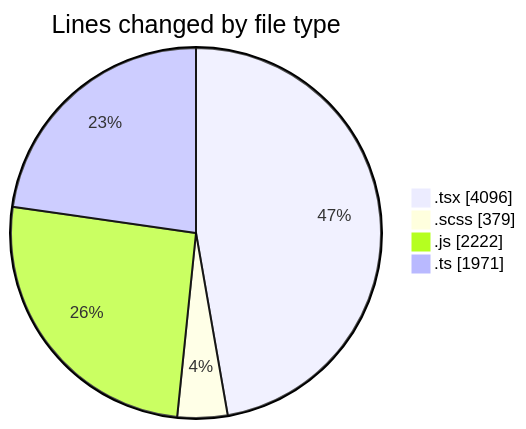
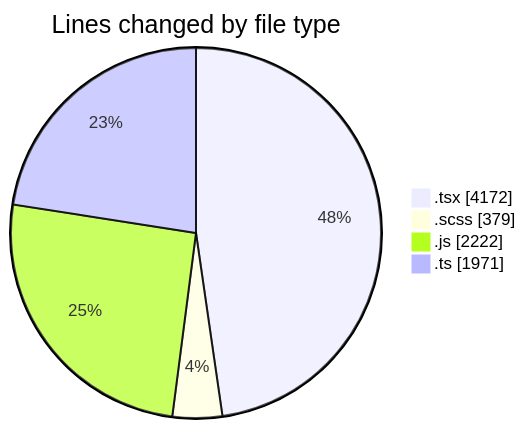
The first of 2 diagrams in 2026-06-17/cda/README.md (momahboobian/code-tracking), drawn with Mermaid before and after one commit. The commit also changed other lines of this file and 1 other file, not shown here.

````diff
--- a/2026-06-17/cda/README.md
+++ b/2026-06-17/cda/README.md
@@ -55,8 +56,8 @@
 ```mermaid
 pie showData
 title Lines changed by file type
-".tsx" : 4096
+".tsx" : 4172
 ".scss" : 379
 ".js" : 2222
 ".ts" : 1971
 ```
````
